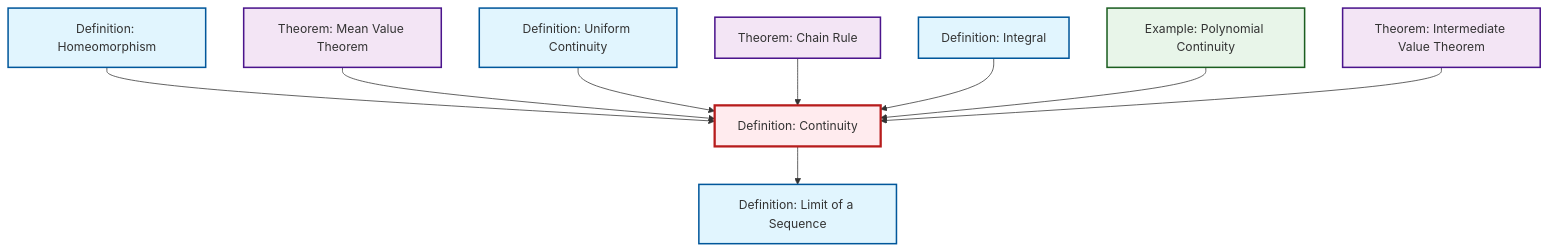
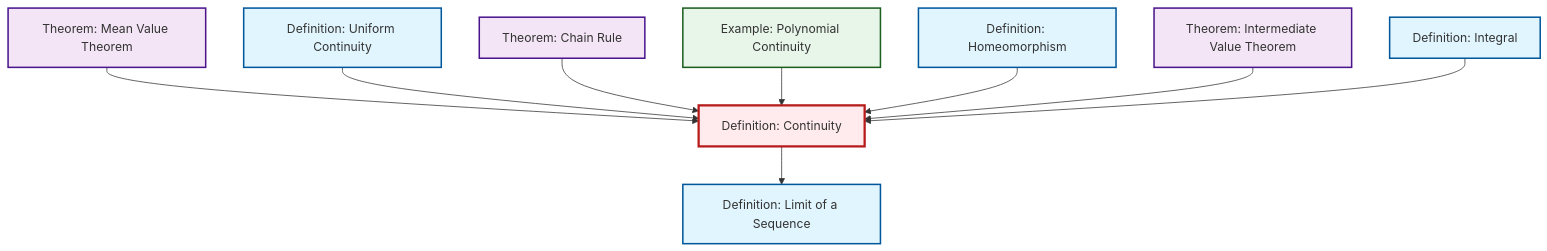
One commit to RK0429/ModernMath changed the diagram in content/en/analysis/def-continuity.qmd. Above: the diagram before and after it, drawn with Mermaid. The commit also changed other lines of this file and 615 other files, not shown here.

````diff
--- a/content/en/analysis/def-continuity.qmd
+++ b/content/en/analysis/def-continuity.qmd
@@ -57,35 +57,35 @@
 ```{mermaid}
 %%| fig-cap: "Local dependency graph"
 graph TD
     classDef definition fill:#e1f5fe,stroke:#01579b,stroke-width:2px
     classDef theorem fill:#f3e5f5,stroke:#4a148c,stroke-width:2px
     classDef axiom fill:#fff3e0,stroke:#e65100,stroke-width:2px
     classDef example fill:#e8f5e9,stroke:#1b5e20,stroke-width:2px
     classDef current fill:#ffebee,stroke:#b71c1c,stroke-width:3px
-    ex-polynomial-continuity["Example: Polynomial Continuity"]:::example
-    def-uniform-continuity["Definition: Uniform Continuity"]:::definition
-    def-limit["Definition: Limit of a Sequence"]:::definition
-    def-continuity["Definition: Continuity"]:::definition
-    def-homeomorphism["Definition: Homeomorphism"]:::definition
     thm-mean-value["Theorem: Mean Value Theorem"]:::theorem
-    thm-chain-rule["Theorem: Chain Rule"]:::theorem
     def-integral["Definition: Integral"]:::definition
     thm-intermediate-value["Theorem: Intermediate Value Theorem"]:::theorem
-    def-homeomorphism --> def-continuity
+    def-continuity["Definition: Continuity"]:::definition
+    thm-chain-rule["Theorem: Chain Rule"]:::theorem
+    def-limit["Definition: Limit of a Sequence"]:::definition
+    def-homeomorphism["Definition: Homeomorphism"]:::definition
+    def-uniform-continuity["Definition: Uniform Continuity"]:::definition
+    ex-polynomial-continuity["Example: Polynomial Continuity"]:::example
     thm-mean-value --> def-continuity
     def-uniform-continuity --> def-continuity
     thm-chain-rule --> def-continuity
+    ex-polynomial-continuity --> def-continuity
+    def-homeomorphism --> def-continuity
     def-continuity --> def-limit
+    thm-intermediate-value --> def-continuity
     def-integral --> def-continuity
-    ex-polynomial-continuity --> def-continuity
-    thm-intermediate-value --> def-continuity
     class def-continuity current
-    click ex-polynomial-continuity "ex-polynomial-continuity.html" "Go to Polynomial Continuity example"
-    click def-uniform-continuity "def-uniform-continuity.html" "Go to Uniform Continuity definition"
+    click thm-mean-value "thm-mean-value.html" "Go to Mean Value Theorem theorem"
+    click def-integral "def-integral.html" "Go to Integral definition"
+    click thm-intermediate-value "thm-intermediate-value.html" "Go to Intermediate Value Theorem theorem"
+    click thm-chain-rule "thm-chain-rule.html" "Go to Chain Rule theorem"
     click def-limit "def-limit.html" "Go to Limit of a Sequence definition"
     click def-homeomorphism "def-homeomorphism.html" "Go to Homeomorphism definition"
-    click thm-mean-value "thm-mean-value.html" "Go to Mean Value Theorem theorem"
-    click thm-chain-rule "thm-chain-rule.html" "Go to Chain Rule theorem"
-    click def-integral "def-integral.html" "Go to Integral definition"
-    click thm-intermediate-value "thm-intermediate-value.html" "Go to Intermediate Value Theorem theorem"
+    click def-uniform-continuity "def-uniform-continuity.html" "Go to Uniform Continuity definition"
+    click ex-polynomial-continuity "ex-polynomial-continuity.html" "Go to Polynomial Continuity example"
 ```
````
